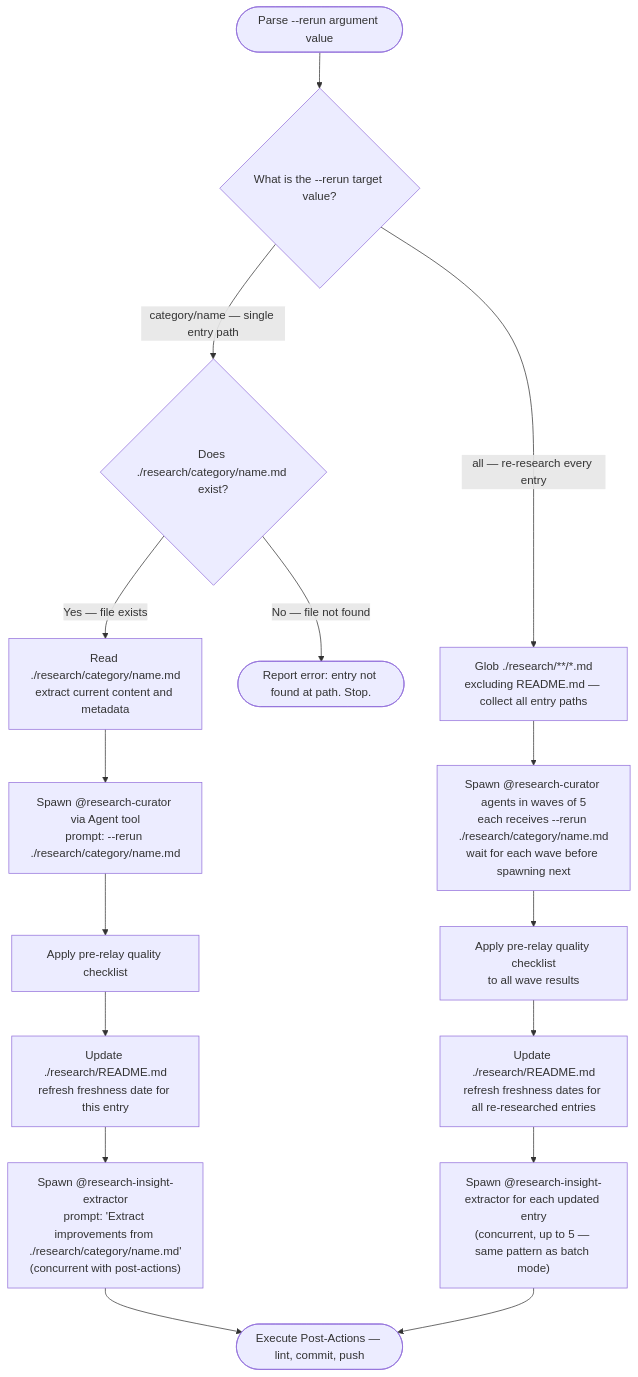
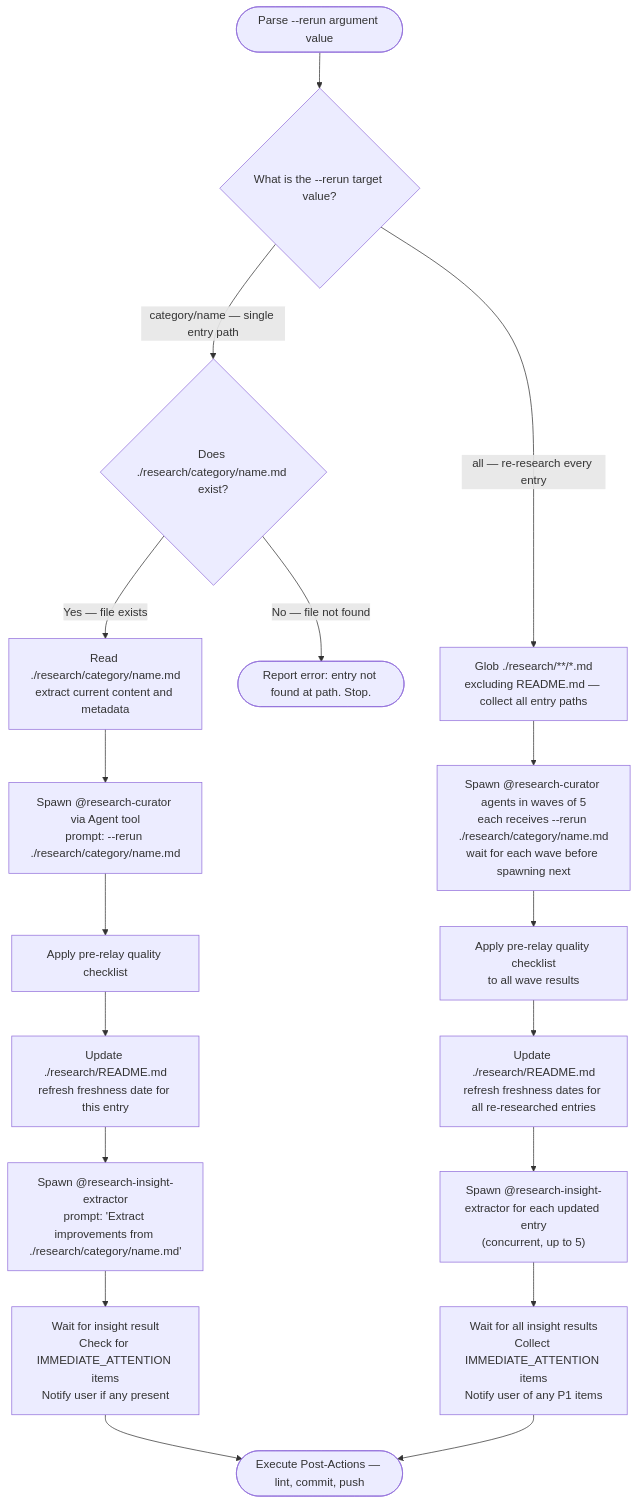
Before and after one commit to chgreer1070/claude_skills: the third of 4 diagrams in .claude/skills/research-curator/SKILL.md, drawn with Mermaid. The commit also changed other lines of this file and 1 other file, not shown here.

````diff
--- a/.claude/skills/research-curator/SKILL.md
+++ b/.claude/skills/research-curator/SKILL.md
@@ -222,18 +232,20 @@
 ```mermaid
 flowchart TD
     Start(["Parse --rerun argument value"]) --> Q{"What is the --rerun target value?"}
     Q -->|"category/name — single entry path"| VerifyFile{"Does ./research/category/name.md exist?"}
     Q -->|"all — re-research every entry"| FindAll["Glob ./research/**/*.md<br>excluding README.md — collect all entry paths"]
     VerifyFile -->|"No — file not found"| Missing(["Report error: entry not found at path. Stop."])
     VerifyFile -->|"Yes — file exists"| ReadFile["Read ./research/category/name.md<br>extract current content and metadata"]
     ReadFile --> Spawn1["Spawn @research-curator via Agent tool<br>prompt: --rerun ./research/category/name.md"]
     Spawn1 --> RelayCheck1["Apply pre-relay quality checklist"]
     RelayCheck1 --> UpdateDate["Update ./research/README.md<br>refresh freshness date for this entry"]
     FindAll --> WaveSpawn["Spawn @research-curator agents in waves of 5<br>each receives --rerun ./research/category/name.md<br>wait for each wave before spawning next"]
     WaveSpawn --> RelayCheck2["Apply pre-relay quality checklist<br>to all wave results"]
     RelayCheck2 --> UpdateDates["Update ./research/README.md<br>refresh freshness dates for all re-researched entries"]
-    UpdateDate --> SpawnInsight1["Spawn @research-insight-extractor<br>prompt: 'Extract improvements from ./research/category/name.md'<br>(concurrent with post-actions)"]
-    SpawnInsight1 --> PostActions(["Execute Post-Actions — lint, commit, push"])
-    UpdateDates --> SpawnInsightsN["Spawn @research-insight-extractor for each updated entry<br>(concurrent, up to 5 — same pattern as batch mode)"]
-    SpawnInsightsN --> PostActions
+    UpdateDate --> SpawnInsight1["Spawn @research-insight-extractor<br>prompt: 'Extract improvements from ./research/category/name.md'"]
+    SpawnInsight1 --> WaitInsight1["Wait for insight result<br>Check for IMMEDIATE_ATTENTION items<br>Notify user if any present"]
+    WaitInsight1 --> PostActions(["Execute Post-Actions — lint, commit, push"])
+    UpdateDates --> SpawnInsightsN["Spawn @research-insight-extractor for each updated entry<br>(concurrent, up to 5)"]
+    SpawnInsightsN --> WaitInsightsN["Wait for all insight results<br>Collect IMMEDIATE_ATTENTION items<br>Notify user of any P1 items"]
+    WaitInsightsN --> PostActions
 ```
````
